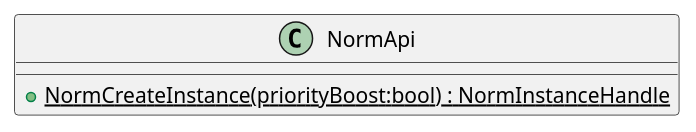
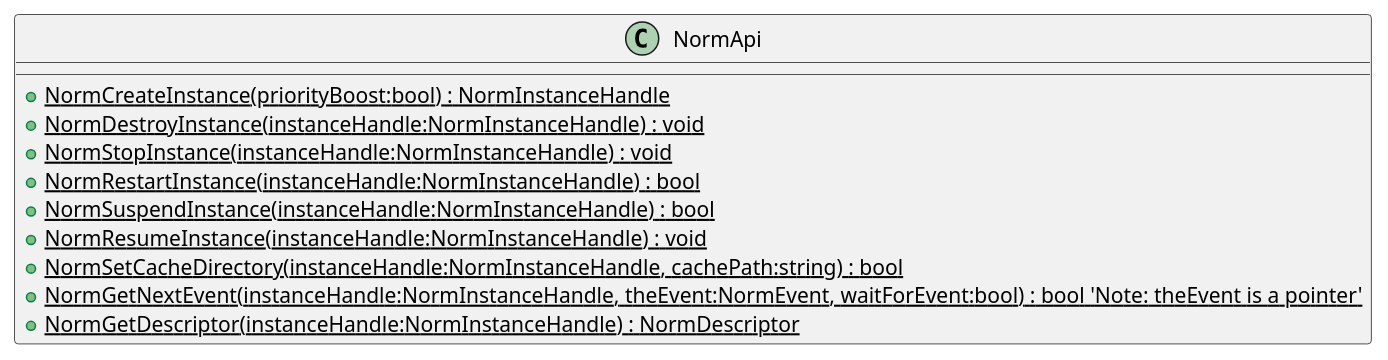
Before and after one commit to mullerj/norm: the diagram in src/dotnet/design/Mil/Navy/Nrl/Norm/NormApi.puml, drawn with PlantUML.

Commit message:
Started on api uml

```diff
--- a/src/dotnet/design/Mil/Navy/Nrl/Norm/NormApi.puml
+++ b/src/dotnet/design/Mil/Navy/Nrl/Norm/NormApi.puml
@@ -1,6 +1,14 @@
 @startuml
 class NormApi {
+    'TODO: Add static methods for each method in normApi.h
     {static} + NormCreateInstance(priorityBoost:bool) : NormInstanceHandle
-    'TODO: Add static methods for each method in normApi.h
+    {static} + NormDestroyInstance(instanceHandle:NormInstanceHandle) : void
+    {static} + NormStopInstance(instanceHandle:NormInstanceHandle) : void
+    {static} + NormRestartInstance(instanceHandle:NormInstanceHandle) : bool
+    {static} + NormSuspendInstance(instanceHandle:NormInstanceHandle) : bool
+    {static} + NormResumeInstance(instanceHandle:NormInstanceHandle) : void
+    {static} + NormSetCacheDirectory(instanceHandle:NormInstanceHandle, cachePath:string) : bool
+    {static} + NormGetNextEvent(instanceHandle:NormInstanceHandle, theEvent:NormEvent, waitForEvent:bool) : bool 'Note: theEvent is a pointer'
+    {static} + NormGetDescriptor(instanceHandle:NormInstanceHandle) : NormDescriptor
 }
 @enduml
```
